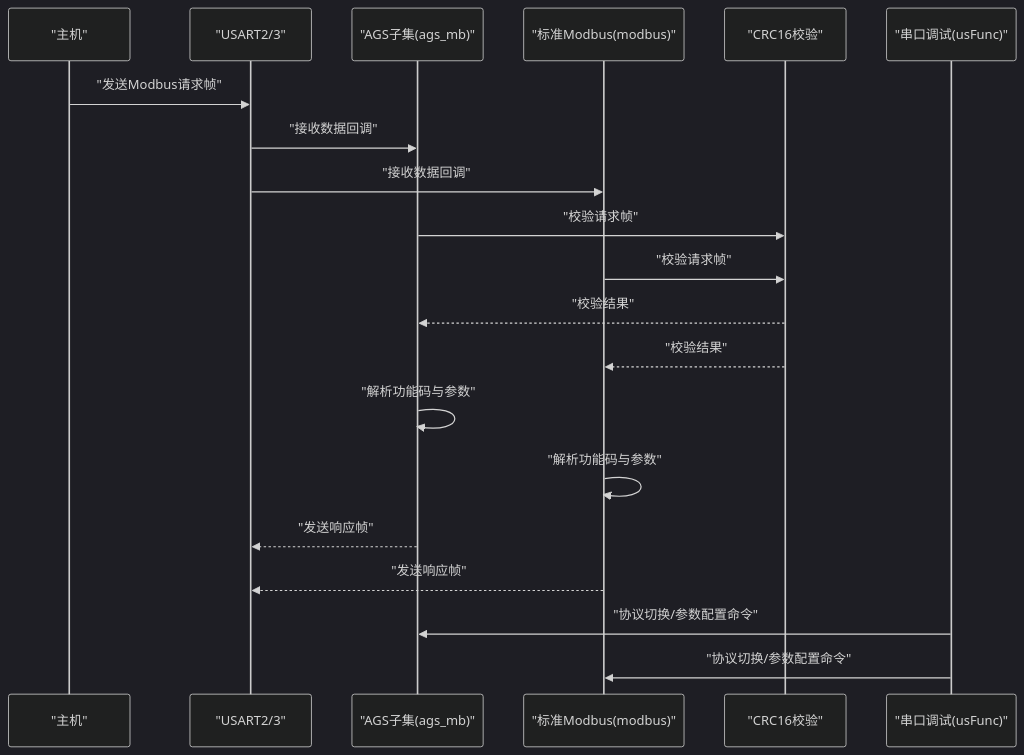
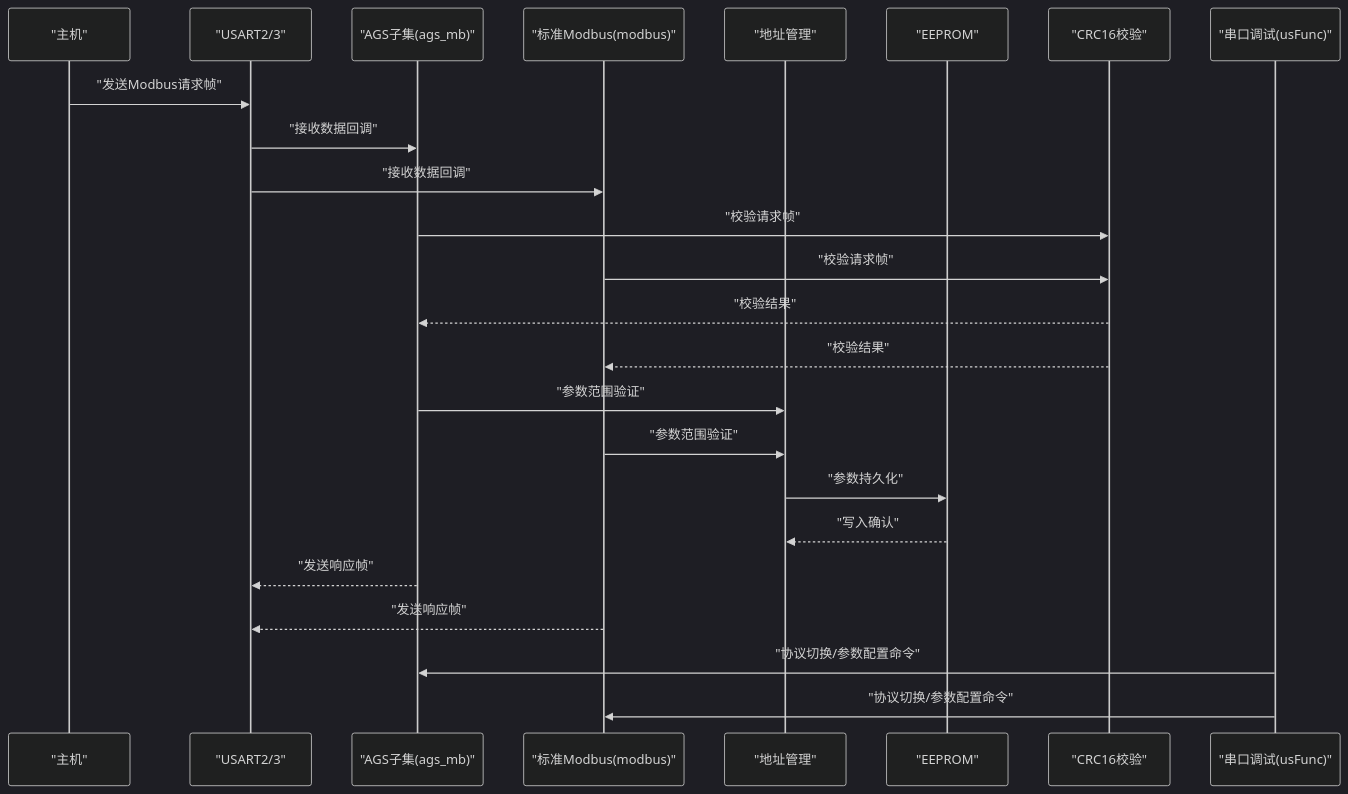
The second of 6 diagrams in .qoder/repowiki/zh/content/通信协议栈/Modbus协议实现.md (zym787/general-switcher), drawn with Mermaid (dark theme) before and after one commit. The commit also changed other lines of this file and 2 other files, not shown here.

````diff
--- a/.qoder/repowiki/zh/content/通信协议栈/Modbus协议实现.md
+++ b/.qoder/repowiki/zh/content/通信协议栈/Modbus协议实现.md
@@ -104,22 +130,26 @@
 ```mermaid
 sequenceDiagram
 participant Host as "主机"
 participant UART as "USART2/3"
 participant AGS as "AGS子集(ags_mb)"
 participant STD as "标准Modbus(modbus)"
+participant ADDR as "地址管理"
+participant EEPROM as "EEPROM"
 participant CRC as "CRC16校验"
 participant UI as "串口调试(usFunc)"
 Host->>UART : "发送Modbus请求帧"
 UART->>AGS : "接收数据回调"
 UART->>STD : "接收数据回调"
 AGS->>CRC : "校验请求帧"
 STD->>CRC : "校验请求帧"
 CRC-->>AGS : "校验结果"
 CRC-->>STD : "校验结果"
-AGS->>AGS : "解析功能码与参数"
-STD->>STD : "解析功能码与参数"
+AGS->>ADDR : "参数范围验证"
+STD->>ADDR : "参数范围验证"
+ADDR->>EEPROM : "参数持久化"
+EEPROM-->>ADDR : "写入确认"
 AGS-->>UART : "发送响应帧"
 STD-->>UART : "发送响应帧"
 UI->>AGS : "协议切换/参数配置命令"
 UI->>STD : "协议切换/参数配置命令"
 ```
````
